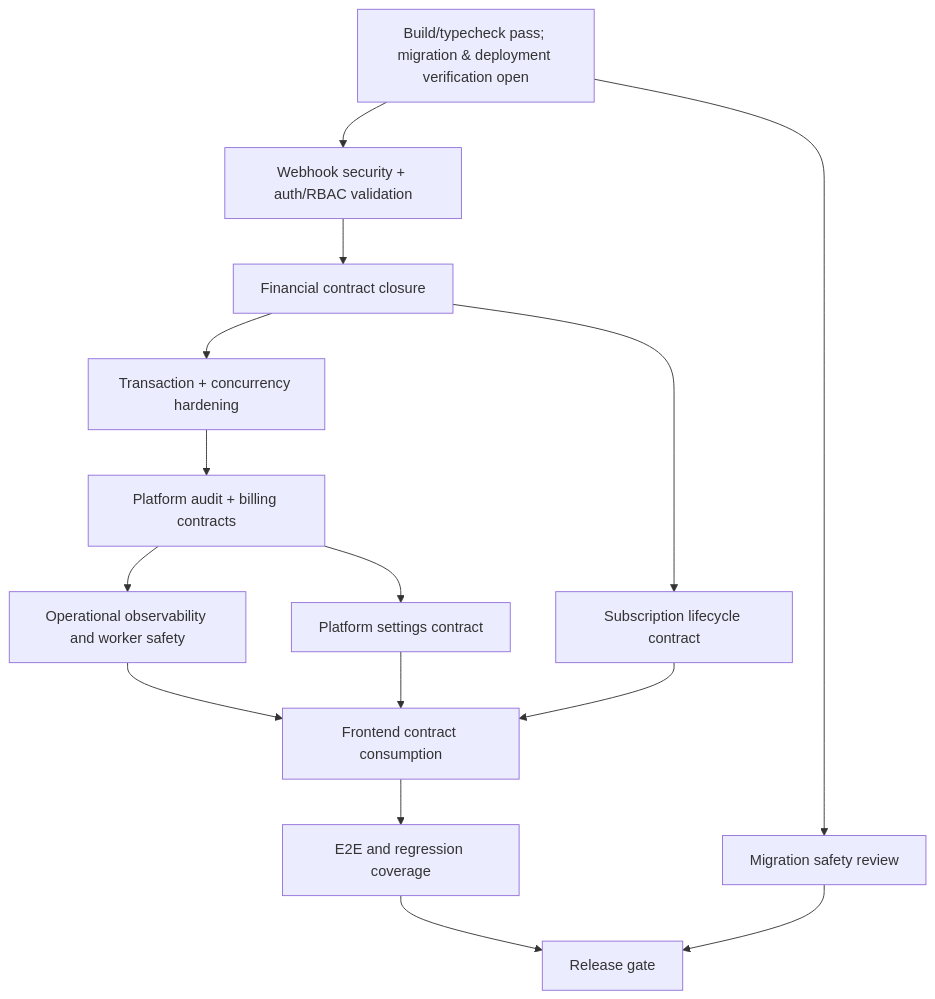
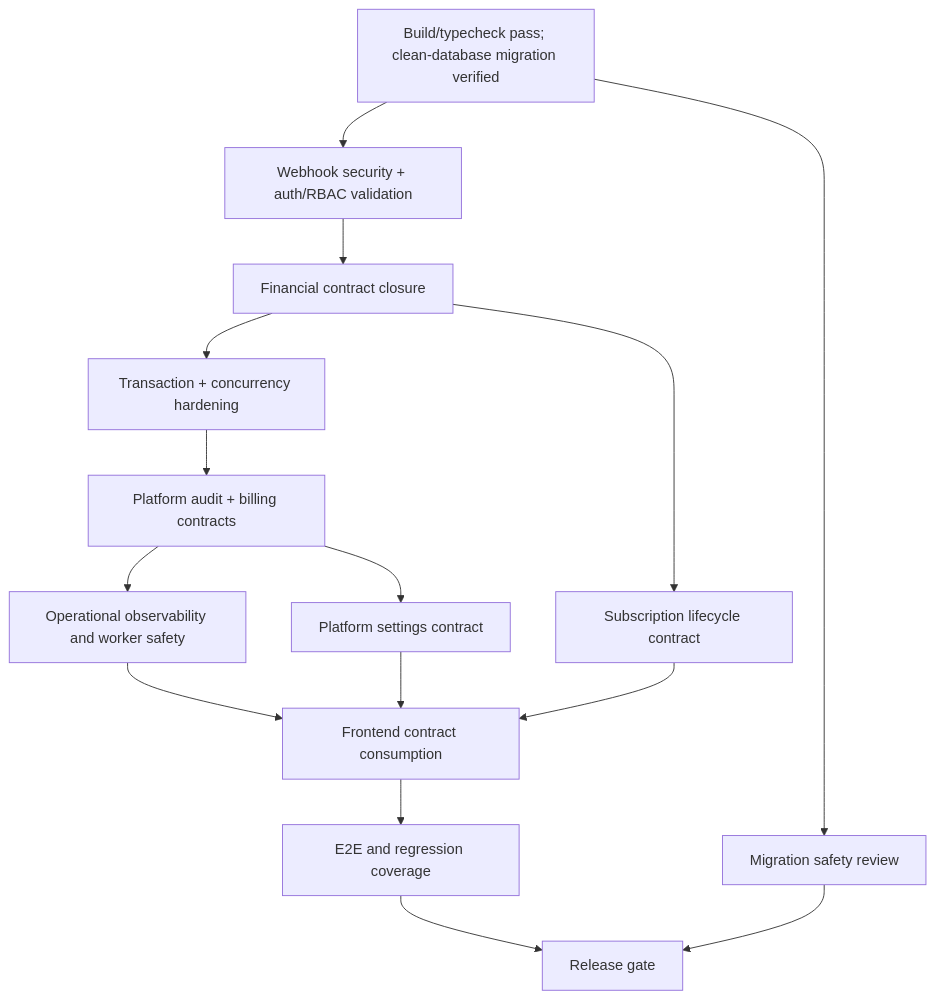
One commit to milkinZ/ERP-Multi-Business changed the diagram in gap-closure-dependency-map.md. Above: the diagram before and after it, drawn with Mermaid. The commit also changed other lines of this file and 466 other files, not shown here.

````diff
--- a/gap-closure-dependency-map.md
+++ b/gap-closure-dependency-map.md
@@ -5,20 +5,20 @@
 ```mermaid
 flowchart TD
-    A[Build/typecheck pass; migration & deployment verification open] --> B[Webhook security + auth/RBAC validation]
+    A[Build/typecheck pass; clean-database migration verified] --> B[Webhook security + auth/RBAC validation]
     B --> C[Financial contract closure]
     C --> D[Transaction + concurrency hardening]
     D --> E[Platform audit + billing contracts]
     E --> F[Operational observability and worker safety]
     F --> G[Frontend contract consumption]
     G --> H[E2E and regression coverage]
     H --> I[Release gate]
 
     C --> J[Subscription lifecycle contract]
     J --> G
 
     A --> K[Migration safety review]
     K --> I
 
     E --> L[Platform settings contract]
     L --> G
 ```
````
